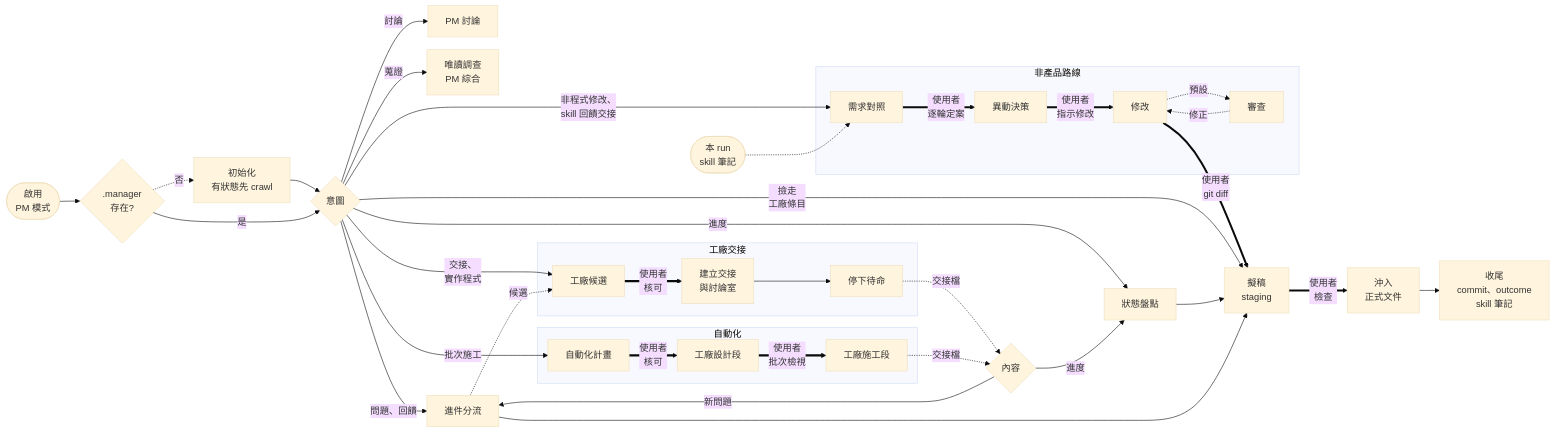
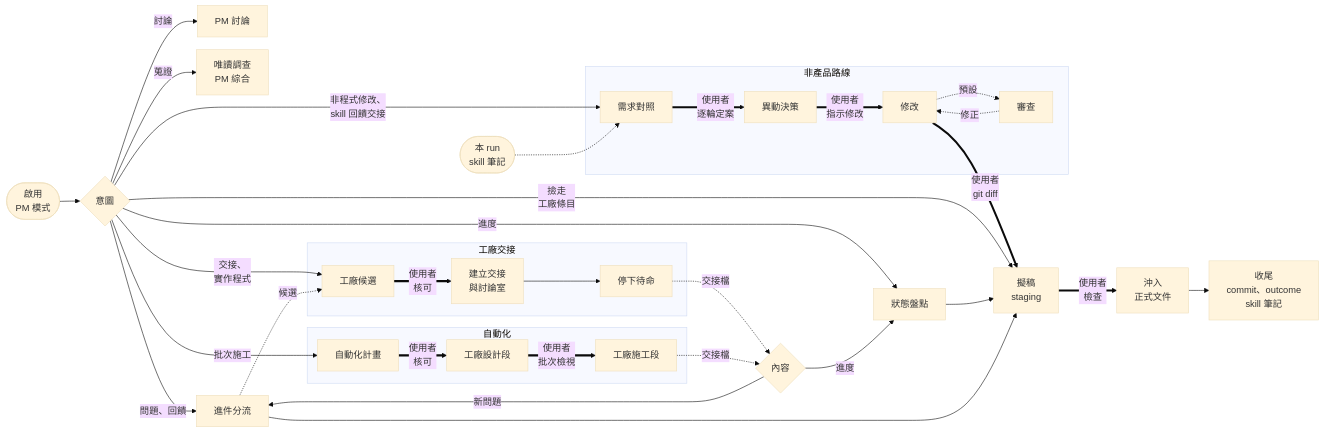
One commit to nekojuice/.agents changed the diagram in orchestrator-pm-readme.md. Above: the diagram before and after it, drawn with Mermaid (base theme). The commit also changed 1 other file, not shown here.

Commit message:
docs(readme): 流程圖補上自動化停下、計畫產物與跨 run 累積清單
- factory：施工段嚴重問題停下；計畫路線結束於產物並接後續工作；加 issue backlog、review queue；拿掉討論結束線
- pm：拿掉 .manager 存在判斷，啟用後直接依意圖分流

````diff
--- a/orchestrator-pm-readme.md
+++ b/orchestrator-pm-readme.md
@@ -86,47 +86,44 @@
 ```mermaid
 %%{init: {"flowchart": {"rankSpacing": 35, "nodeSpacing": 22}}}%%
 flowchart LR
-  E1([啟用<br/>PM 模式]) --> IN{.manager<br/>存在?}
-  IN -.->|否| INI[初始化<br/>有狀態先 crawl]
-  INI --> RQ
-  IN -->|是| RQ{意圖}
+  E1([啟用<br/>PM 模式]) --> RQ{意圖}
 
   RQ -->|討論| DI[PM 討論]
   RQ -->|蒐證| IW[唯讀調查<br/>PM 綜合]
   RQ -->|進度| SR[狀態盤點]
   RQ -->|問題、回饋| TR[進件分流]
   RQ -->|交接、<br/>實作程式| FC
   RQ -->|批次施工| AU
   RQ -->|非程式修改、<br/>skill 回饋交接| N1
   RQ -->|撿走<br/>工廠條目| SG
   TR -.->|候選| FC
 
   subgraph G1["工廠交接"]
     FC[工廠候選] ==>|使用者<br/>核可| FH[建立交接<br/>與討論室]
     FH --> FW[停下待命]
   end
 
   subgraph G2["自動化"]
     AU[自動化計畫] ==>|使用者<br/>核可| AD[工廠設計段]
     AD ==>|使用者<br/>批次檢視| AB[工廠施工段]
   end
 
   FW -.->|交接檔| FR{內容}
   AB -.->|交接檔| FR
   FR -->|進度| SR
   FR -->|新問題| TR
 
   subgraph G3["非產品路線"]
     N1[需求對照] ==>|使用者<br/>逐輪定案| N2[異動決策]
     N2 ==>|使用者<br/>指示修改| N3[修改]
     N3 -.->|預設| N4[審查]
     N4 -.->|修正| N3
   end
   SKN([本 run<br/>skill 筆記]) -.-> N1
   N3 ==>|使用者<br/>git diff| SG
 
   SR --> SG[擬稿<br/>staging]
   TR --> SG
   SG ==>|使用者<br/>檢查| CF[沖入<br/>正式文件]
   CF --> CL[收尾<br/>commit、outcome<br/>skill 筆記]
 ```
````
